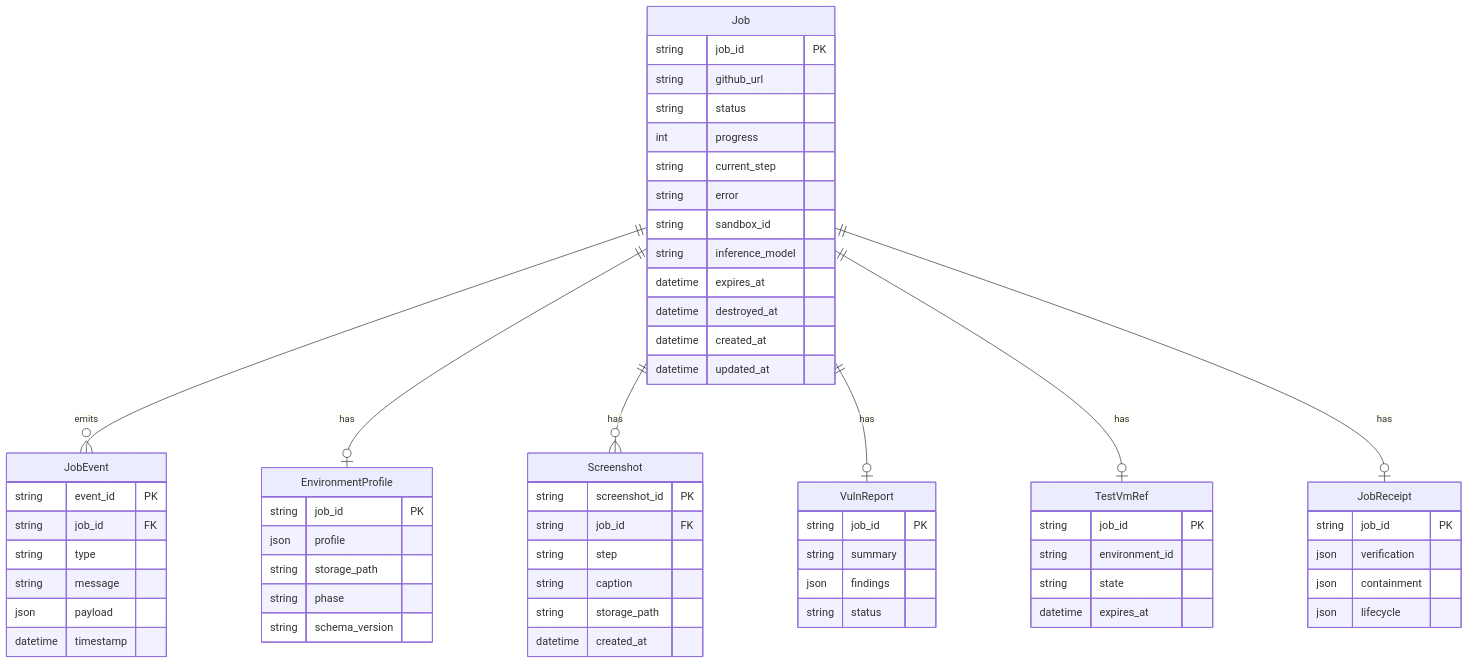
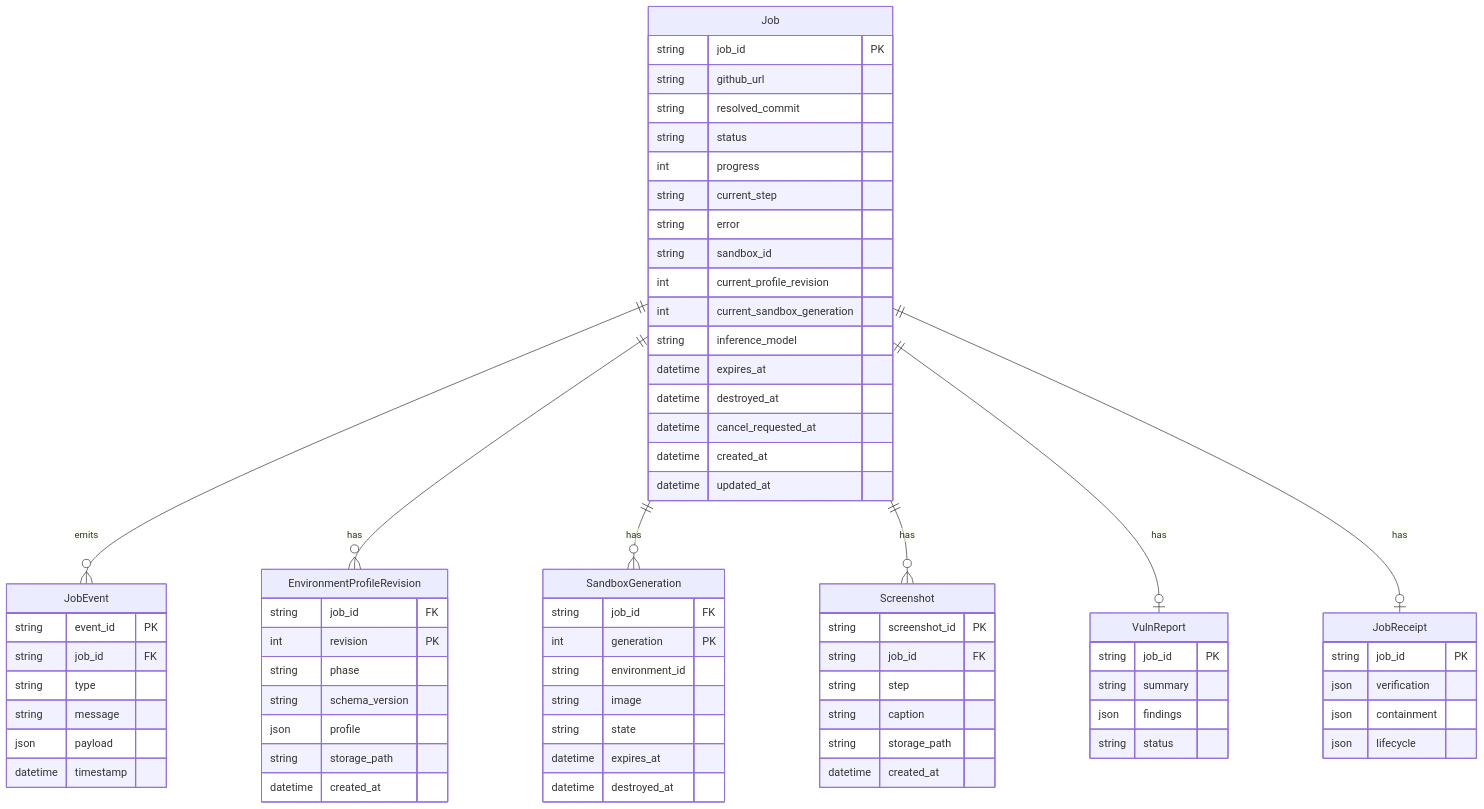
One commit to ludvigodin/killhub changed the diagram in DATABASE.md. Above: the diagram before and after it, drawn with Mermaid. The commit also changed other lines of this file and 25 other files, not shown here.

Commit message:
Refine AGENTS.md, API.md, ARCHITECTURE.md, DATABASE.md, and IMPLEMENTATION files to enhance clarity on job lifecycle management

````diff
--- a/DATABASE.md
+++ b/DATABASE.md
@@ -28,71 +30,80 @@
 ```mermaid
 erDiagram
   Job ||--o{ JobEvent : emits
-  Job ||--o| EnvironmentProfile : has
+  Job ||--o{ EnvironmentProfileRevision : has
+  Job ||--o{ SandboxGeneration : has
   Job ||--o{ Screenshot : has
   Job ||--o| VulnReport : has
-  Job ||--o| TestVmRef : has
   Job ||--o| JobReceipt : has
 
   Job {
     string job_id PK
     string github_url
+    string resolved_commit
     string status
     int progress
     string current_step
     string error
     string sandbox_id
+    int current_profile_revision
+    int current_sandbox_generation
     string inference_model
     datetime expires_at
     datetime destroyed_at
+    datetime cancel_requested_at
     datetime created_at
     datetime updated_at
   }
 
   JobEvent {
     string event_id PK
     string job_id FK
     string type
     string message
     json payload
     datetime timestamp
   }
 
-  EnvironmentProfile {
-    string job_id PK
+  EnvironmentProfileRevision {
+    string job_id FK
+    int revision PK
+    string phase
+    string schema_version
     json profile
     string storage_path
-    string phase
-    string schema_version
+    datetime created_at
+  }
+
+  SandboxGeneration {
+    string job_id FK
+    int generation PK
+    string environment_id
+    string image
+    string state
+    datetime expires_at
+    datetime destroyed_at
   }
 
   Screenshot {
     string screenshot_id PK
     string job_id FK
     string step
     string caption
     string storage_path
     datetime created_at
   }
 
   VulnReport {
     string job_id PK
     string summary
     json findings
     string status
   }
 
-  TestVmRef {
-    string job_id PK
-    string environment_id
-    string state
-    datetime expires_at
-  }
-
   JobReceipt {
     string job_id PK
     json verification
     json containment
     json lifecycle
   }
 ```
````
